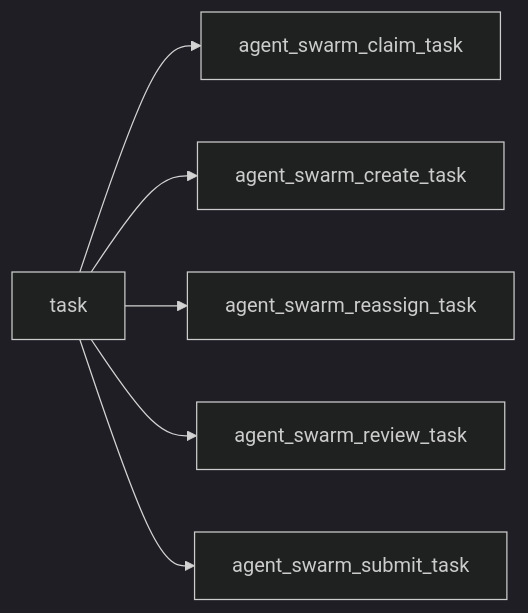
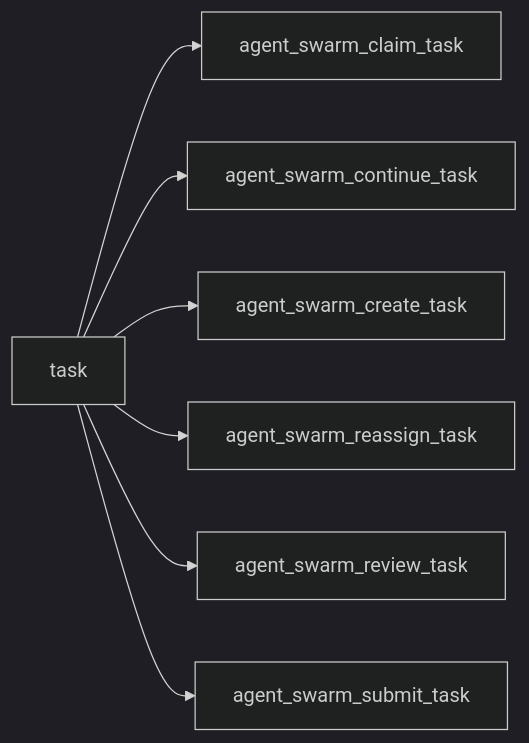
Before and after one commit to leinasi2014/dsh-agent-swarm: the second of 6 diagrams in docs/generated/knowledge-graph/authority-permission.md, drawn with Mermaid (dark theme). The commit also changed other lines of this file and 46 other files, not shown here.

````diff
--- a/docs/generated/knowledge-graph/authority-permission.md
+++ b/docs/generated/knowledge-graph/authority-permission.md
@@ -42,9 +42,10 @@
 ```mermaid
 flowchart LR
   n_66616d696c793a7461736b["task"]
   n_66616d696c793a7461736b --> n_746f6f6c3a6167656e745f737761726d5f636c61696d5f7461736b["agent_swarm_claim_task"]
+  n_66616d696c793a7461736b --> n_746f6f6c3a6167656e745f737761726d5f636f6e74696e75655f7461736b["agent_swarm_continue_task"]
   n_66616d696c793a7461736b --> n_746f6f6c3a6167656e745f737761726d5f6372656174655f7461736b["agent_swarm_create_task"]
   n_66616d696c793a7461736b --> n_746f6f6c3a6167656e745f737761726d5f726561737369676e5f7461736b["agent_swarm_reassign_task"]
   n_66616d696c793a7461736b --> n_746f6f6c3a6167656e745f737761726d5f7265766965775f7461736b["agent_swarm_review_task"]
   n_66616d696c793a7461736b --> n_746f6f6c3a6167656e745f737761726d5f7375626d69745f7461736b["agent_swarm_submit_task"]
 ```
````
